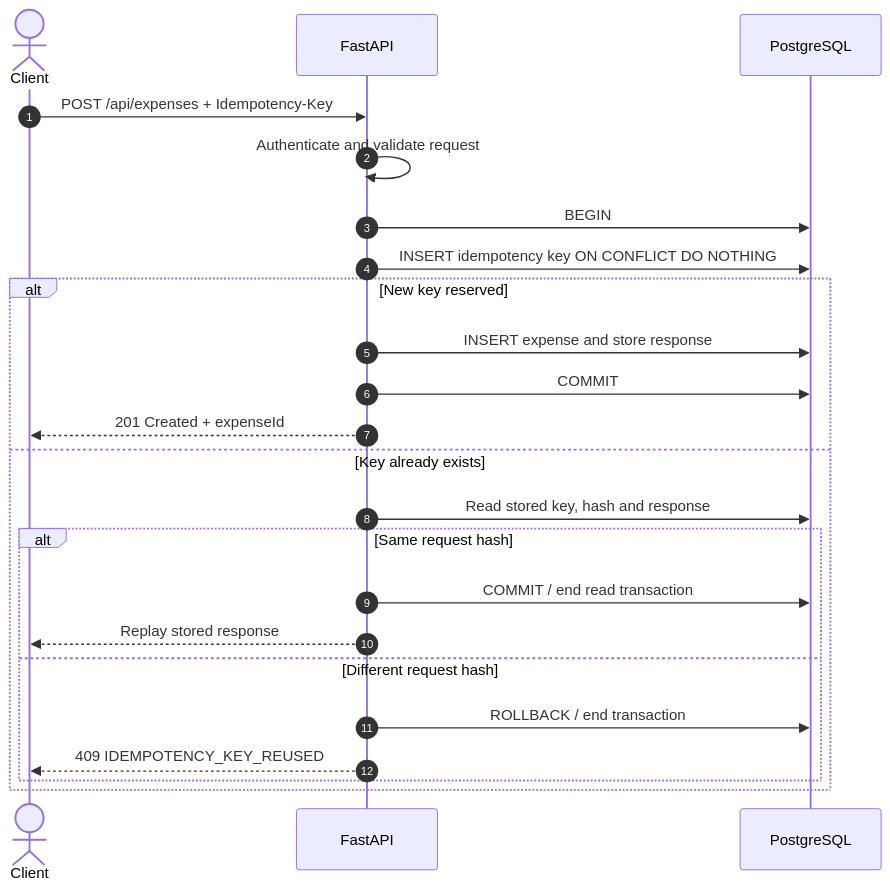
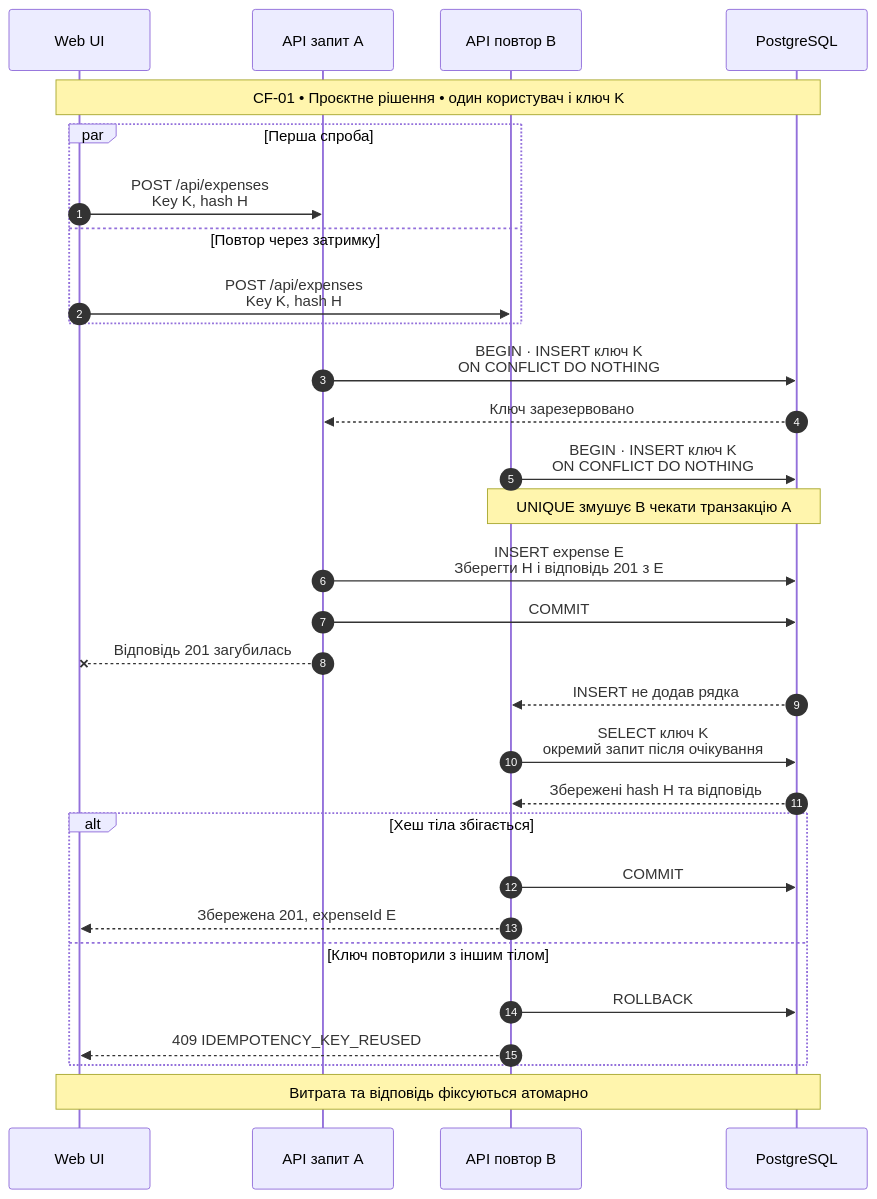
The first of 5 diagrams in docs/patterns.md (Plastivtsi/Finance-analysis), drawn with Mermaid before and after one commit. The commit also changed other lines of this file, not shown here.

````diff
--- a/docs/patterns.md
+++ b/docs/patterns.md
@@ -114,26 +114,32 @@
 ```mermaid
 sequenceDiagram
     autonumber
-    actor C as Client
-    participant API as FastAPI
-    participant DB as PostgreSQL
-
-    C->>API: POST /api/expenses + Idempotency-Key
-    API->>API: Authenticate and validate request
-    API->>DB: BEGIN
-    API->>DB: INSERT idempotency key ON CONFLICT DO NOTHING
-    alt New key reserved
-        API->>DB: INSERT expense and store response
-        API->>DB: COMMIT
-        API-->>C: 201 Created + expenseId
-    else Key already exists
-        API->>DB: Read stored key, hash and response
-        alt Same request hash
-            API->>DB: COMMIT / end read transaction
-            API-->>C: Replay stored response
-        else Different request hash
-            API->>DB: ROLLBACK / end transaction
-            API-->>C: 409 IDEMPOTENCY_KEY_REUSED
-        end
+    participant C as Web UI
+    participant A as API запит A
+    participant B as API повтор B
+    participant D as PostgreSQL
+    Note over C,D: CF-01 • Проєктне рішення • один користувач і ключ K
+    par Перша спроба
+        C->>A: POST /api/expenses<br/>Key K, hash H
+    and Повтор через затримку
+        C->>B: POST /api/expenses<br/>Key K, hash H
     end
+    A->>D: BEGIN · INSERT ключ K<br/>ON CONFLICT DO NOTHING
+    D-->>A: Ключ зарезервовано
+    B->>D: BEGIN · INSERT ключ K<br/>ON CONFLICT DO NOTHING
+    Note over B,D: UNIQUE змушує B чекати транзакцію A
+    A->>D: INSERT expense E<br/>Зберегти H і відповідь 201 з E
+    A->>D: COMMIT
+    A--xC: Відповідь 201 загубилась
+    D-->>B: INSERT не додав рядка
+    B->>D: SELECT ключ K<br/>окремий запит після очікування
+    D-->>B: Збережені hash H та відповідь
+    alt Хеш тіла збігається
+        B->>D: COMMIT
+        B-->>C: Збережена 201, expenseId E
+    else Ключ повторили з іншим тілом
+        B->>D: ROLLBACK
+        B-->>C: 409 IDEMPOTENCY_KEY_REUSED
+    end
+    Note over C,D: Витрата та відповідь фіксуються атомарно
 ```
````
